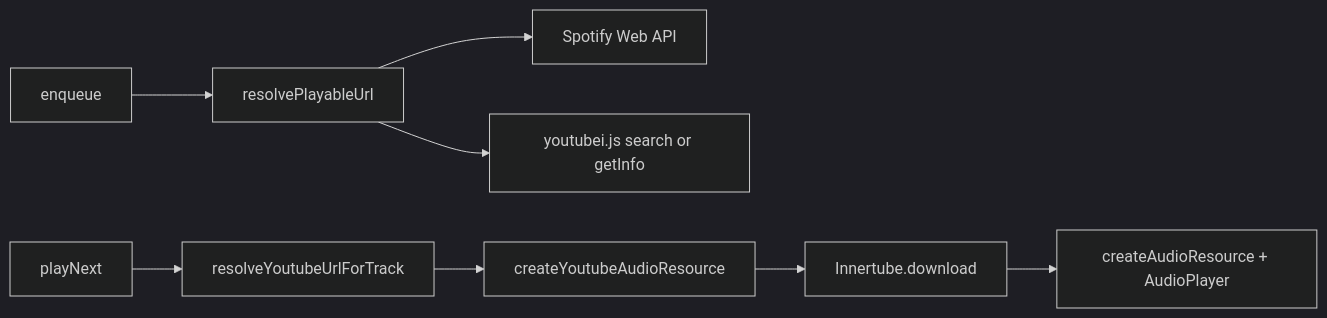
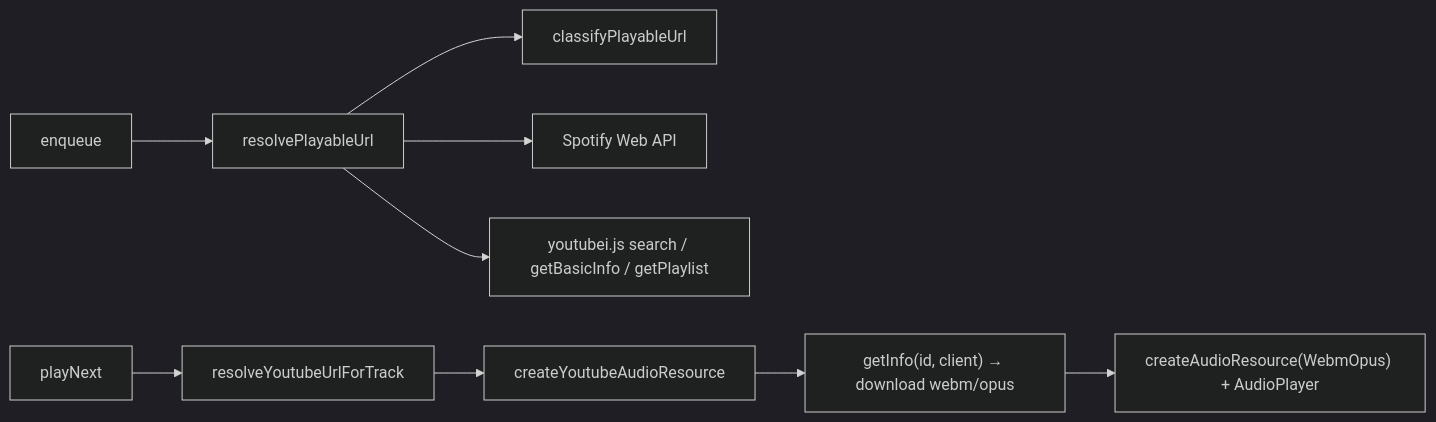
Before and after one commit to RaFaTEOLI/discord-bot-player: the diagram in .cursor/plans/replace-play-dl.md, drawn with Mermaid (dark theme). The commit also changed other lines of this file and 1 other file, not shown here.

First line of the commit message:
docs: document youtubei.js and po token setup

````diff
--- a/.cursor/plans/replace-play-dl.md
+++ b/.cursor/plans/replace-play-dl.md
@@ -28,10 +31,11 @@
 ```mermaid
 flowchart LR
   enqueue[enqueue] --> resolve[resolvePlayableUrl]
+  resolve --> classify[classifyPlayableUrl]
   resolve --> spotify[Spotify Web API]
-  resolve --> ytMeta[youtubei.js search or getInfo]
+  resolve --> ytMeta[youtubei.js search / getBasicInfo / getPlaylist]
   playNext[playNext] --> ytUrl[resolveYoutubeUrlForTrack]
   ytUrl --> stream[createYoutubeAudioResource]
-  stream --> innertube[Innertube.download]
-  innertube --> voice["createAudioResource + AudioPlayer"]
+  stream --> innertube["getInfo(id, client) → download webm/opus"]
+  innertube --> voice["createAudioResource(WebmOpus) + AudioPlayer"]
 ```
````
